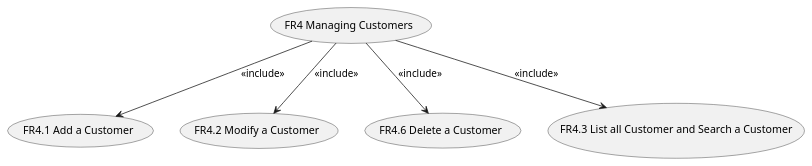
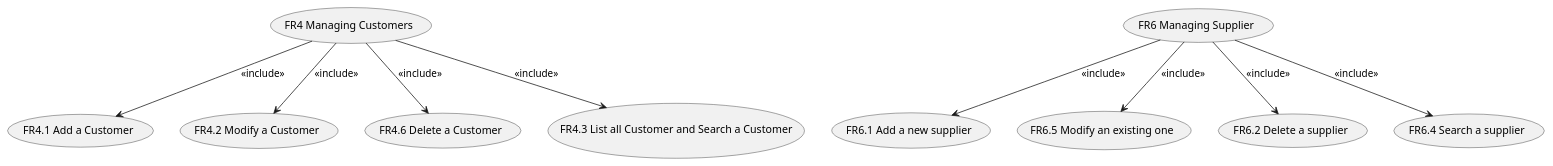
One commit to thegabriele97/EzShop changed the fourth of 7 diagrams in Deliverables/RequirementsDocument.md. Above: the diagram before and after it, drawn with PlantUML. The commit also changed other lines of this file, not shown here.

Commit message:
docs: added some UCs in the UCD

````diff
--- a/Deliverables/RequirementsDocument.md
+++ b/Deliverables/RequirementsDocument.md
@@ -304,12 +299,23 @@
 ```plantuml
 usecase "FR4 Managing Customers" as mngcustomer
 usecase "FR4.1 Add a Customer" as addcustomer
 usecase "FR4.2 Modify a Customer" as modcustomer
 usecase "FR4.6 Delete a Customer" as remcustomer
 usecase "FR4.3 List all Customer and Search a Customer" as listcustomer
 
 mngcustomer --> addcustomer : <<include>>
 mngcustomer --> modcustomer : <<include>>
 mngcustomer --> remcustomer : <<include>>
 mngcustomer --> listcustomer : <<include>>
+
+usecase "FR6 Managing Supplier" as mngsupplier
+usecase "FR6.1 Add a new supplier" as addsupplier
+usecase "FR6.5 Modify an existing one" as modsupplier
+usecase "FR6.2 Delete a supplier" as remsupplier
+usecase "FR6.4 Search a supplier" as listsupplier
+
+mngsupplier --> addsupplier : <<include>>
+mngsupplier --> modsupplier : <<include>>
+mngsupplier --> remsupplier : <<include>>
+mngsupplier --> listsupplier : <<include>>
 ```
````
